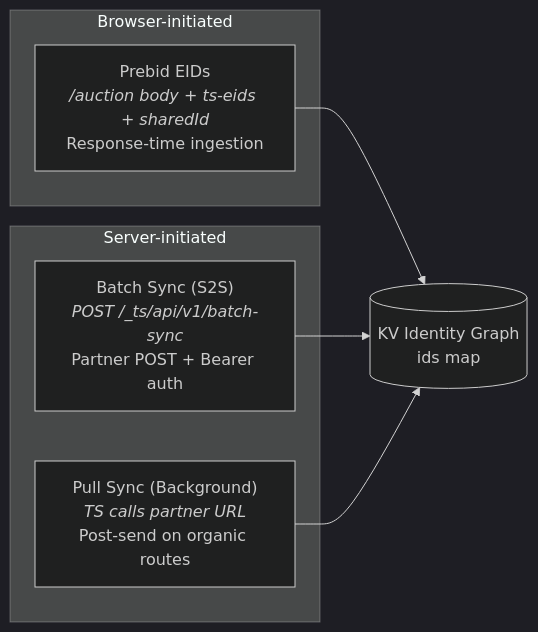
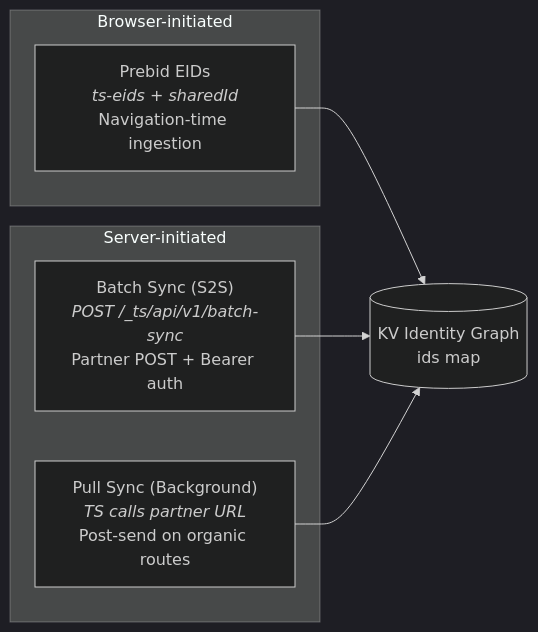
The fourth of 6 diagrams in docs/guide/edge-cookies.md (IABTechLab/trusted-server), drawn with Mermaid (dark theme) before and after one commit. The commit also changed other lines of this file and 41 other files, not shown here.

````diff
--- a/docs/guide/edge-cookies.md
+++ b/docs/guide/edge-cookies.md
@@ -133,15 +133,15 @@
 ```mermaid
 flowchart LR
     subgraph Browser-initiated
-        Prebid["Prebid EIDs<br/><i>/auction body + ts-eids + sharedId</i><br/>Response-time ingestion"]
+        Prebid["Prebid EIDs<br/><i>ts-eids + sharedId</i><br/>Navigation-time ingestion"]
     end
 
     subgraph Server-initiated
         Batch["Batch Sync (S2S)<br/><i>POST /_ts/api/v1/batch-sync</i><br/>Partner POST + Bearer auth"]
         Pull["Pull Sync (Background)<br/><i>TS calls partner URL</i><br/>Post-send on organic routes"]
     end
 
     Prebid --> KV[(KV Identity Graph<br/>ids map)]
     Batch --> KV
     Pull --> KV
 ```
````
